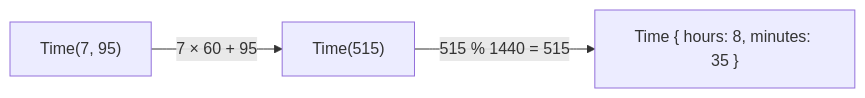
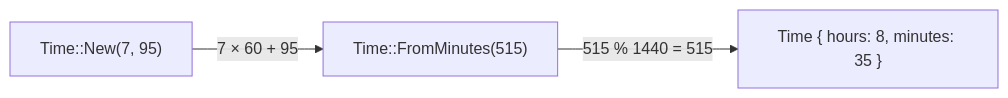
Before and after one commit to rux-lang/Web: the diagram in content/docs/1.learn/06.types/06.constructor.md, drawn with Mermaid. The commit also changed other lines of this file and 34 other files, not shown here.

````diff
--- a/content/docs/1.learn/06.types/06.constructor.md
+++ b/content/docs/1.learn/06.types/06.constructor.md
@@ -63,5 +69,5 @@
 ```mermaid
 flowchart LR
-    a["`Time(7, 95)`"] -- "`7 × 60 + 95`" --> b["`Time(515)`"]
+    a["`Time::New(7, 95)`"] -- "`7 × 60 + 95`" --> b["`Time::FromMinutes(515)`"]
     b -- "`515 % 1440 = 515`" --> c["`Time { hours: 8, minutes: 35 }`"]
 ```
````
